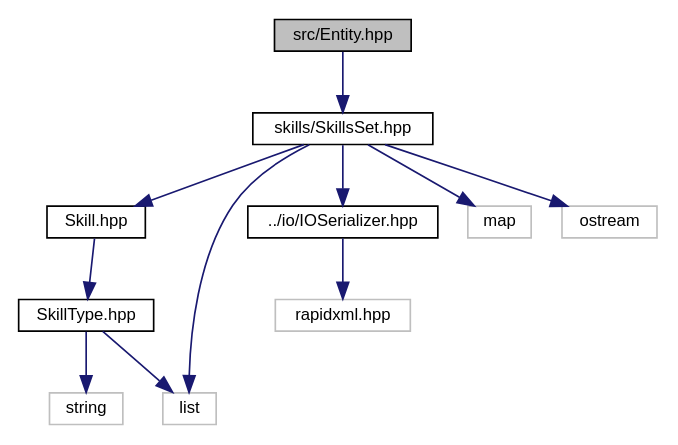
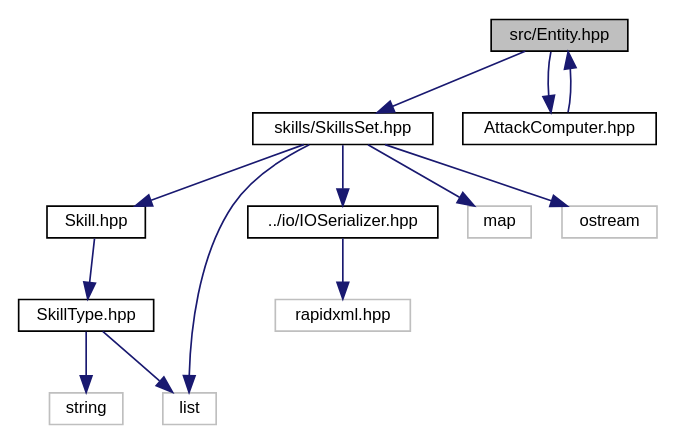
Before and after one commit to Wisteca/FilRougeDoc: the diagram in _entity_8hpp__incl.dot, drawn with Graphviz. The commit also changed 191 other files, not shown here.

```diff
--- a/_entity_8hpp__incl.dot
+++ b/_entity_8hpp__incl.dot
@@ -1,26 +1,29 @@
 digraph "src/Entity.hpp"
 {
  // LATEX_PDF_SIZE
   edge [fontname="Helvetica",fontsize="10",labelfontname="Helvetica",labelfontsize="10"];
   node [fontname="Helvetica",fontsize="10",shape=record];
   Node1 [label="src/Entity.hpp",height=0.2,width=0.4,color="black", fillcolor="grey75", style="filled", fontcolor="black",tooltip="Entity of the world."];
   Node1 -> Node2 [color="midnightblue",fontsize="10",style="solid",fontname="Helvetica"];
   Node2 [label="skills/SkillsSet.hpp",height=0.2,width=0.4,color="black", fillcolor="white", style="filled",URL="$_skills_set_8hpp.html",tooltip="Header file of SkillsSet class and SkillLevel enum."];
   Node2 -> Node3 [color="midnightblue",fontsize="10",style="solid",fontname="Helvetica"];
   Node3 [label="Skill.hpp",height=0.2,width=0.4,color="black", fillcolor="white", style="filled",URL="$_skill_8hpp.html",tooltip="Header file of Skill class."];
   Node3 -> Node4 [color="midnightblue",fontsize="10",style="solid",fontname="Helvetica"];
   Node4 [label="SkillType.hpp",height=0.2,width=0.4,color="black", fillcolor="white", style="filled",URL="$_skill_type_8hpp.html",tooltip="Header file of SkillType class."];
   Node4 -> Node5 [color="midnightblue",fontsize="10",style="solid",fontname="Helvetica"];
   Node5 [label="string",height=0.2,width=0.4,color="grey75", fillcolor="white", style="filled",tooltip=" "];
   Node4 -> Node6 [color="midnightblue",fontsize="10",style="solid",fontname="Helvetica"];
   Node6 [label="list",height=0.2,width=0.4,color="grey75", fillcolor="white", style="filled",tooltip=" "];
   Node2 -> Node7 [color="midnightblue",fontsize="10",style="solid",fontname="Helvetica"];
   Node7 [label="../io/IOSerializer.hpp",height=0.2,width=0.4,color="black", fillcolor="white", style="filled",URL="$_i_o_serializer_8hpp.html",tooltip="Interface each class that can be serialized/deserialized from a xml file must implement."];
   Node7 -> Node8 [color="midnightblue",fontsize="10",style="solid",fontname="Helvetica"];
   Node8 [label="rapidxml.hpp",height=0.2,width=0.4,color="grey75", fillcolor="white", style="filled",tooltip=" "];
   Node2 -> Node6 [color="midnightblue",fontsize="10",style="solid",fontname="Helvetica"];
   Node2 -> Node9 [color="midnightblue",fontsize="10",style="solid",fontname="Helvetica"];
   Node9 [label="map",height=0.2,width=0.4,color="grey75", fillcolor="white", style="filled",tooltip=" "];
   Node2 -> Node10 [color="midnightblue",fontsize="10",style="solid",fontname="Helvetica"];
   Node10 [label="ostream",height=0.2,width=0.4,color="grey75", fillcolor="white", style="filled",tooltip=" "];
+  Node1 -> Node11 [color="midnightblue",fontsize="10",style="solid",fontname="Helvetica"];
+  Node11 [label="AttackComputer.hpp",height=0.2,width=0.4,color="black", fillcolor="white", style="filled",URL="$_attack_computer_8hpp.html",tooltip="This is a class used to simplify and generalize attack computing while keeping it the most flexible p..."];
+  Node11 -> Node1 [color="midnightblue",fontsize="10",style="solid",fontname="Helvetica"];
 }
```
